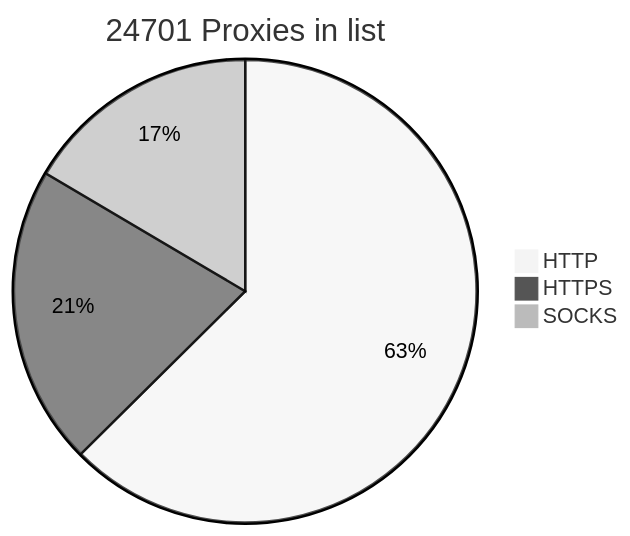
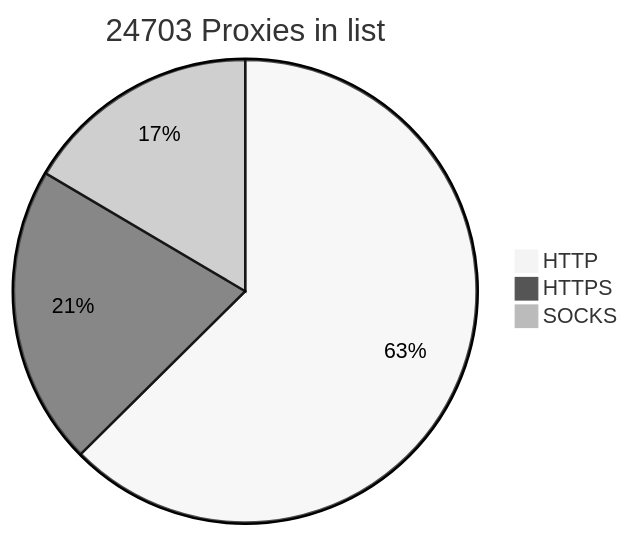
Before and after one commit to BlackSnowDot/proxylist-update-every-minute: the diagram in README.md, drawn with Mermaid (neutral theme).

````diff
--- a/README.md
+++ b/README.md
@@ -2,6 +2,6 @@
 ```mermaid
-pie title 24701 Proxies in list
-    "HTTP" : 17903
+pie title 24703 Proxies in list
+    "HTTP" : 17905
     "HTTPS": 5984
     "SOCKS" : 4722
 ```
````
